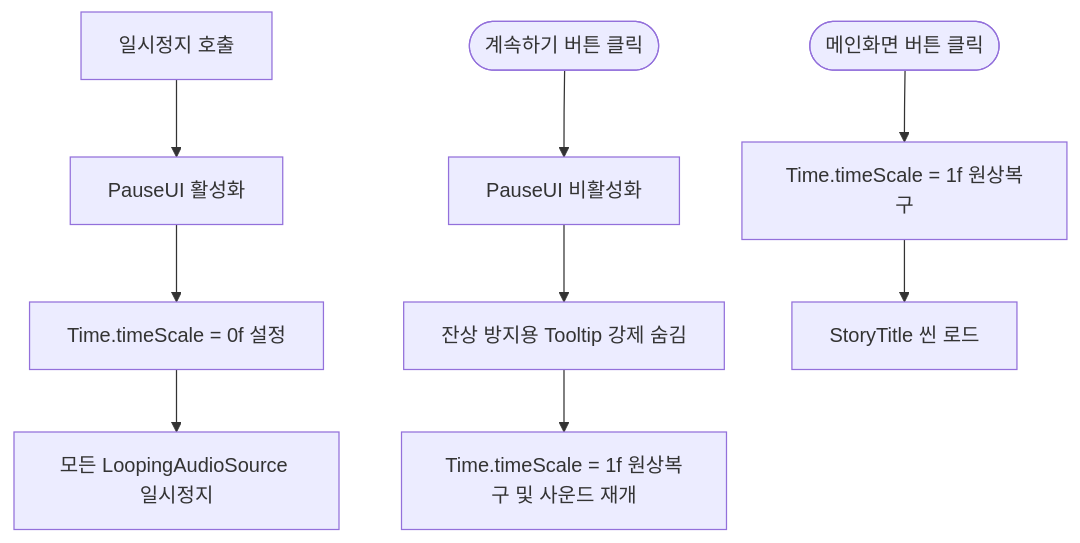
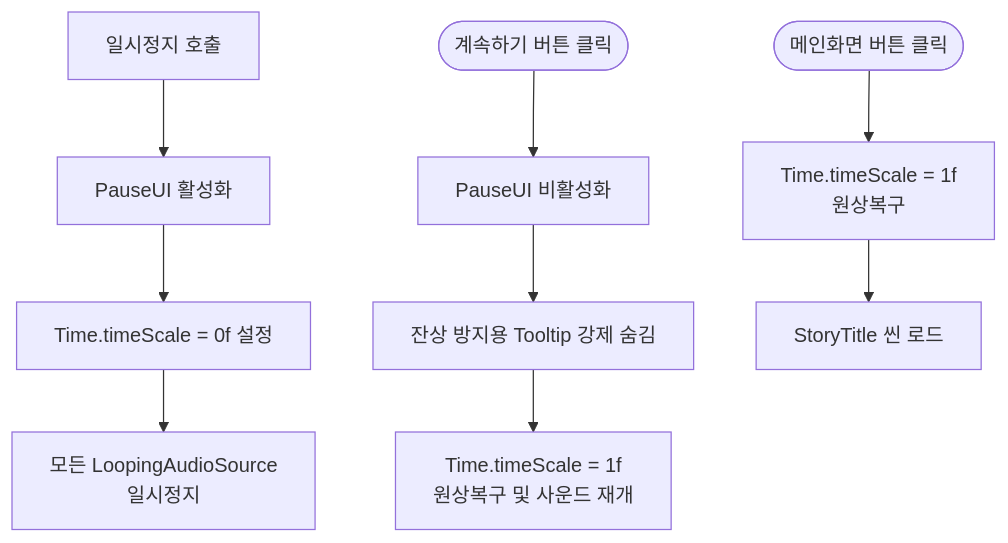
One commit to zergling-cute/zergling-cute changed the diagram in Project_TripleSurvivor/PauseSystem.md. Above: the diagram before and after it, drawn with Mermaid.

````diff
--- a/Project_TripleSurvivor/PauseSystem.md
+++ b/Project_TripleSurvivor/PauseSystem.md
@@ -15,13 +15,13 @@
 ```mermaid
 flowchart TD
     A[일시정지 호출] --> B[PauseUI 활성화]
     B --> C[Time.timeScale = 0f 설정]
-    C --> D[모든 LoopingAudioSource 일시정지]
+    C --> D[모든 LoopingAudioSource <br>일시정지]
     
     E([계속하기 버튼 클릭]) --> F[PauseUI 비활성화]
     F --> G[잔상 방지용 Tooltip 강제 숨김]
-    G --> H[Time.timeScale = 1f 원상복구 및 사운드 재개]
+    G --> H[Time.timeScale = 1f <br>원상복구 및 사운드 재개]
     
-    I([메인화면 버튼 클릭]) --> J[Time.timeScale = 1f 원상복구]
+    I([메인화면 버튼 클릭]) --> J[Time.timeScale = 1f <br>원상복구]
     J --> K[StoryTitle 씬 로드]
 ```
````
